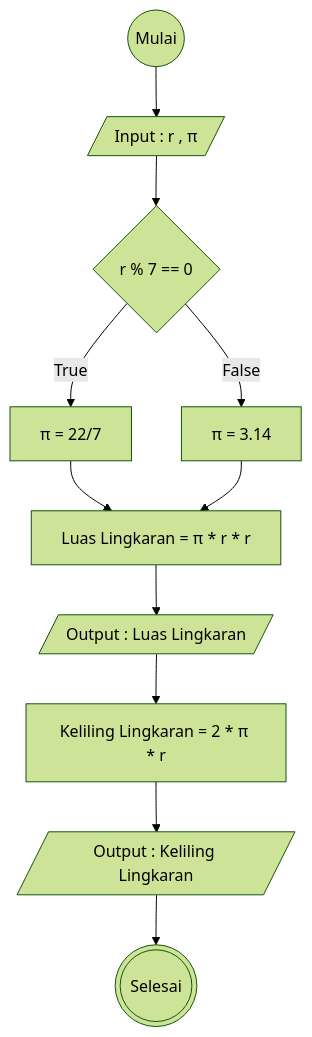
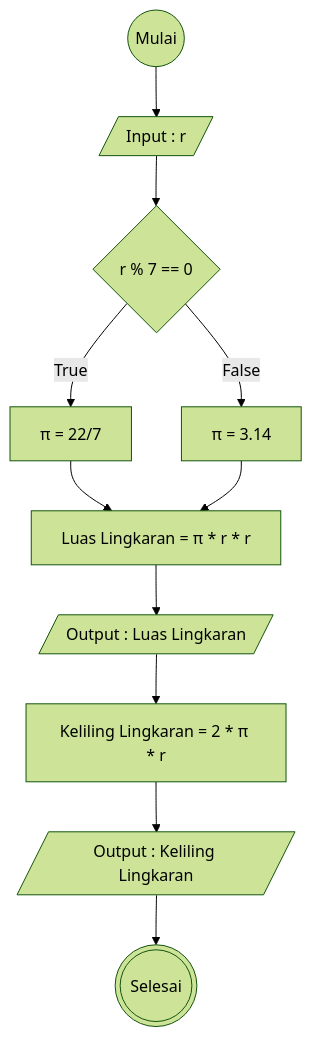
Before and after one commit to adityabastyas/koda-b6-algoritma: the diagram in flowchart-luas-keliling-liangkaran.md, drawn with Mermaid (forest theme).

Commit message:
Update flowchart to simplify input label

````diff
--- a/flowchart-luas-keliling-liangkaran.md
+++ b/flowchart-luas-keliling-liangkaran.md
@@ -1,28 +1,28 @@
 ```mermaid
 flowchart TD
     A@{ shape: circle, label: "Mulai" }
-    B@{ shape: lean-r, label: "Input : r , π" }
+    B@{ shape: lean-r, label: "Input : r" }
     C@{ shape: diamond, label: "r % 7 == 0" }
     D@{ shape: rect, label: "π = 22/7" }
     E@{ shape: rect, label: "π = 3.14" }
     F@{ shape: rect, label: "Luas Lingkaran = π * r * r" }
     G@{ shape: lean-r, label: "Output : Luas Lingkaran" }
     H@{ shape: rect, label: "Keliling Lingkaran = 2 * π * r" }
     I@{ shape: lean-r, label: "Output : Keliling Lingkaran" }
      J@{ shape: dbl-circ, label: "Selesai" }
 
 
 
 
     A --> B
     B --> C
     C -- True --> D
     C -- False --> E
     D --> F
     E --> F
     F --> G
     G --> H
     H --> I
     I --> J
 
 ```
````
